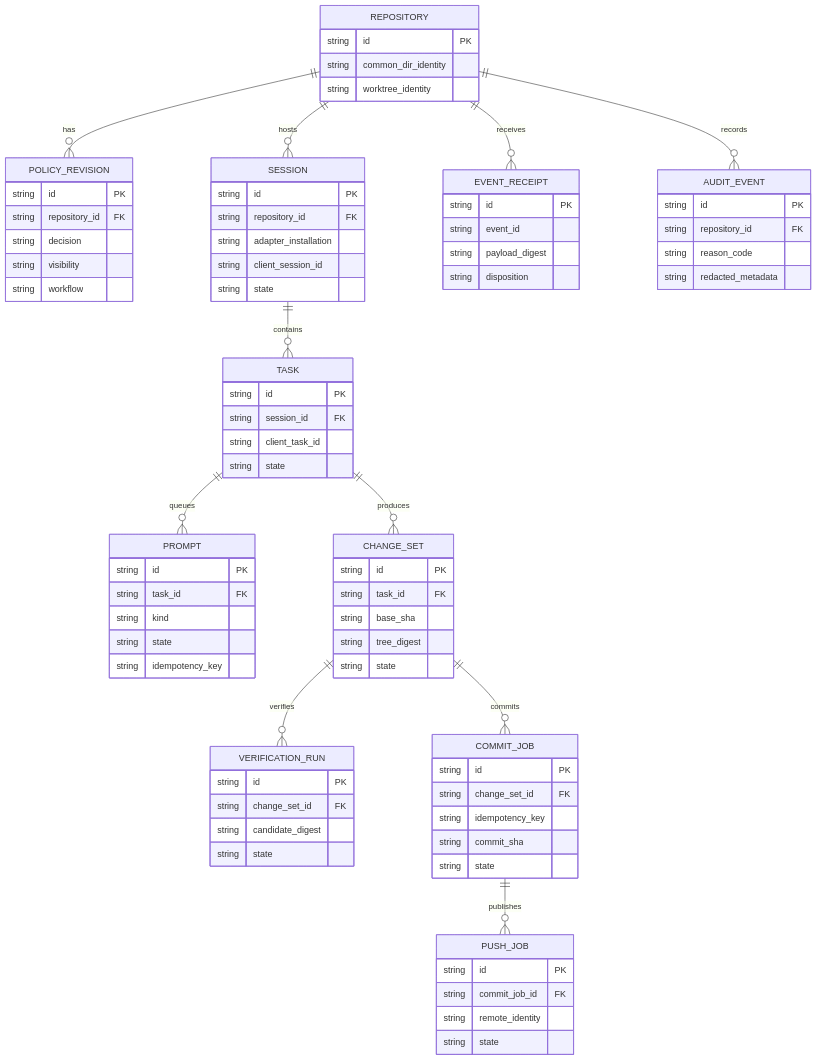
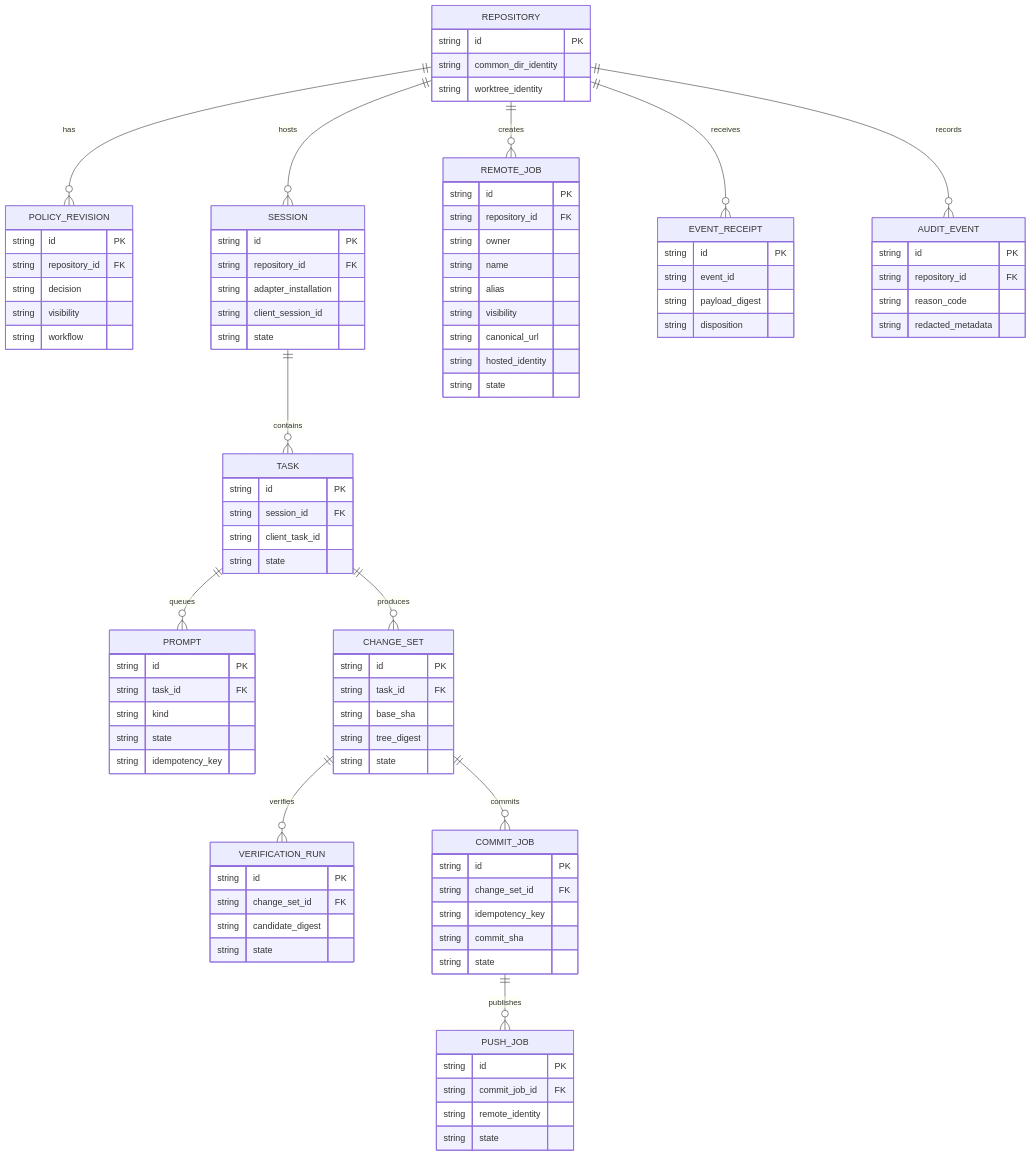
Before and after one commit to udayvarmora07/autogit: the second of 2 diagrams in docs/architecture.md, drawn with Mermaid. The commit also changed other lines of this file and 16 other files, not shown here.

```diff
--- a/docs/architecture.md
+++ b/docs/architecture.md
@@ -106,6 +106,7 @@
   CHANGE_SET ||--o{ VERIFICATION_RUN : verifies
   CHANGE_SET ||--o{ COMMIT_JOB : commits
   COMMIT_JOB ||--o{ PUSH_JOB : publishes
+  REPOSITORY ||--o{ REMOTE_JOB : creates
   REPOSITORY ||--o{ EVENT_RECEIPT : receives
   REPOSITORY ||--o{ AUDIT_EVENT : records
 
@@ -167,6 +168,17 @@
     string remote_identity
     string state
   }
+  REMOTE_JOB {
+    string id PK
+    string repository_id FK
+    string owner
+    string name
+    string alias
+    string visibility
+    string canonical_url
+    string hosted_identity
+    string state
+  }
   EVENT_RECEIPT {
     string id PK
     string event_id
```
